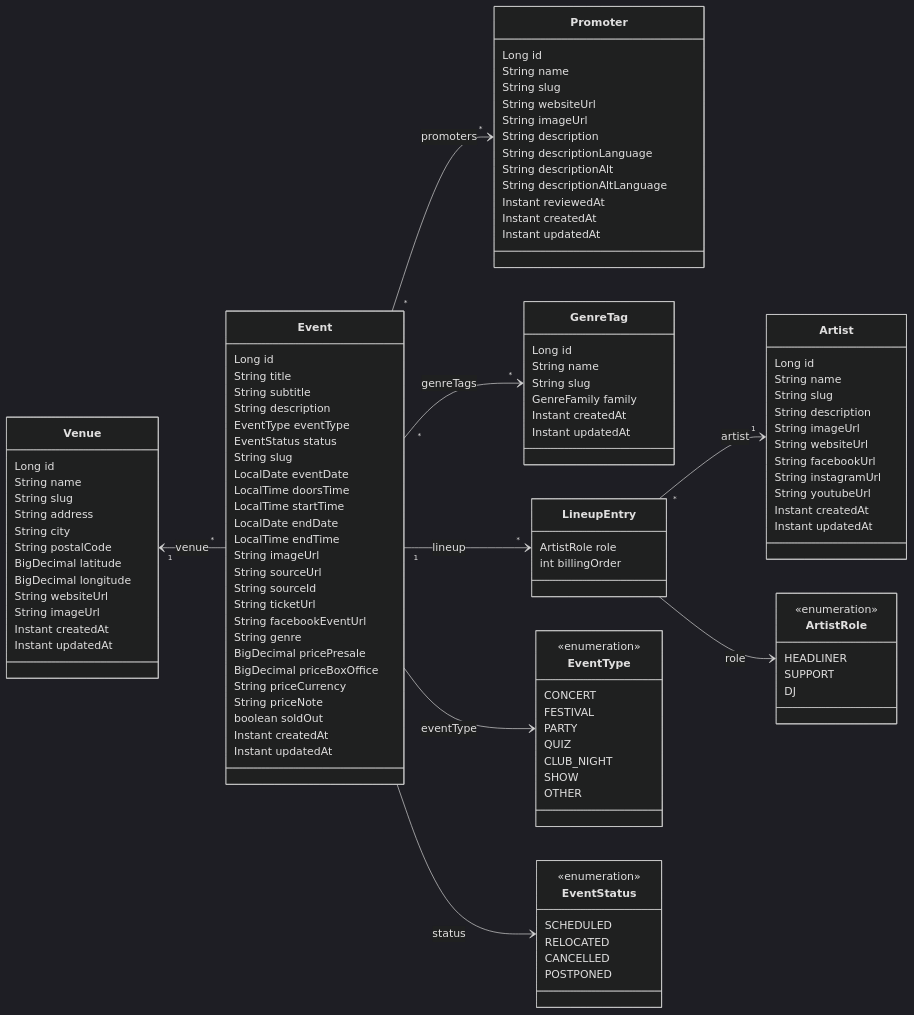
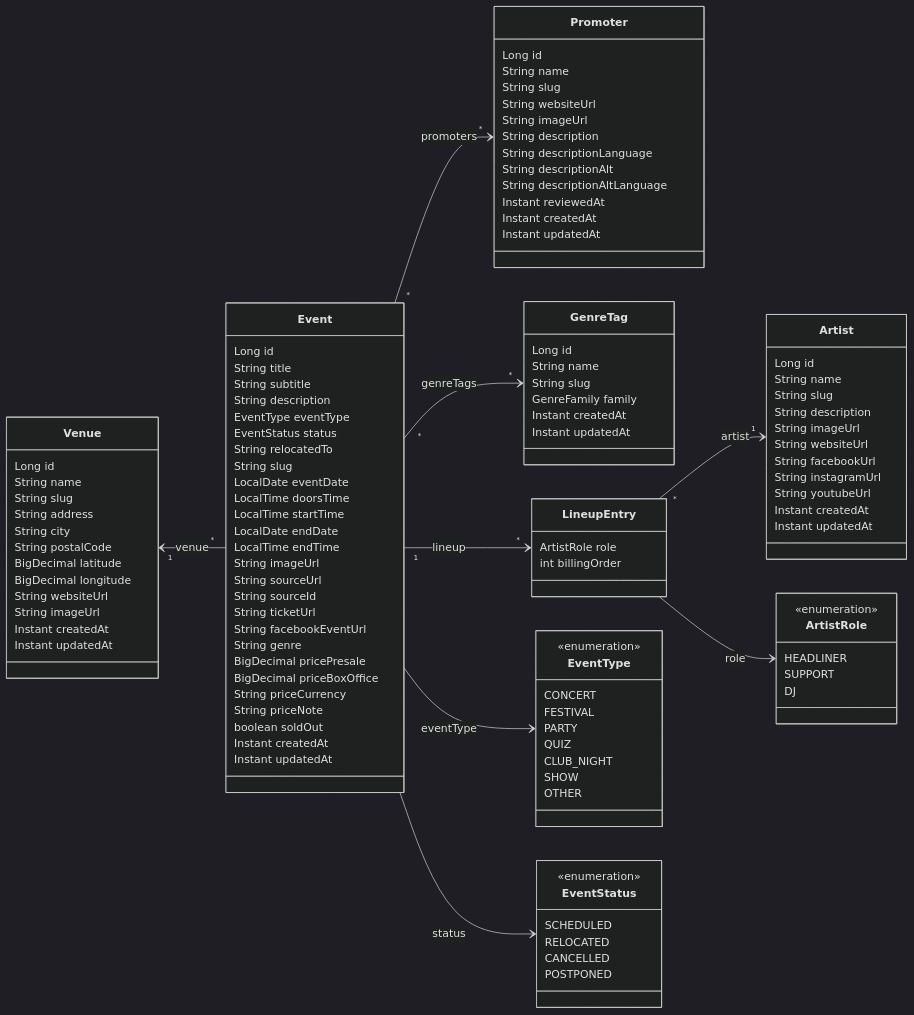
The diagram in docs/DATA_MODEL.md (enorm-labs/event-junkie), drawn with Mermaid (dark theme) before and after one commit. The commit also changed other lines of this file and 39 other files, not shown here.

```diff
--- a/docs/DATA_MODEL.md
+++ b/docs/DATA_MODEL.md
@@ -43,6 +43,7 @@
         String description
         EventType eventType
         EventStatus status
+        String relocatedTo
         String slug
         LocalDate eventDate
         LocalTime doorsTime
```
